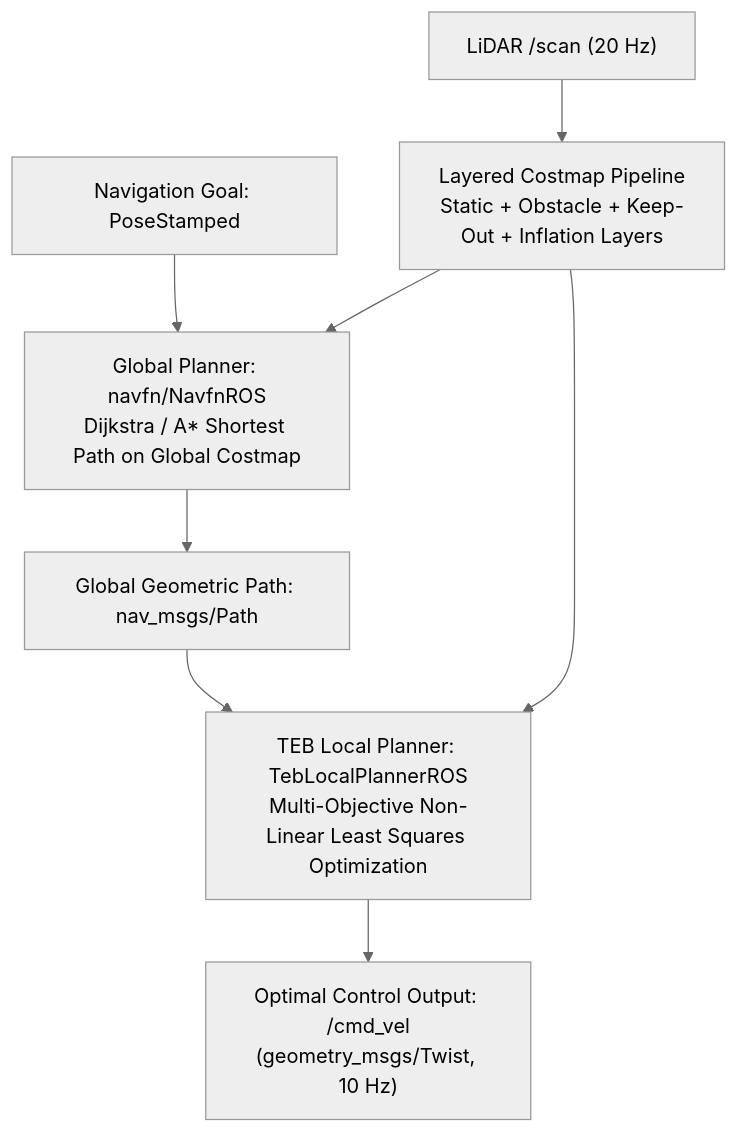
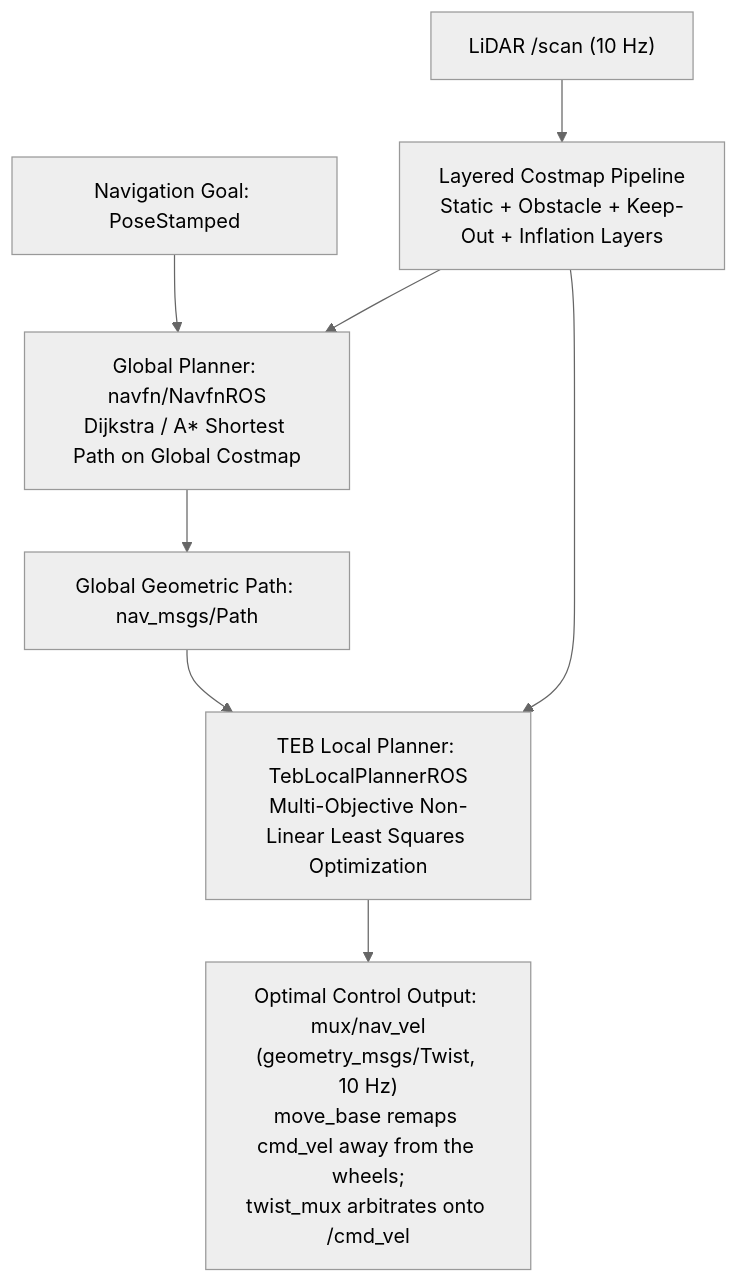
Before and after one commit to itbdelaboprogramming/msd700_documentation: the diagram in docs/development/ros/costmaps-and-planners.md, drawn with Mermaid (neutral theme). The commit also changed other lines of this file and 110 other files, not shown here.

````diff
--- a/docs/development/ros/costmaps-and-planners.md
+++ b/docs/development/ros/costmaps-and-planners.md
@@ -14,12 +14,12 @@
 ```mermaid
 flowchart TD
   GOAL["Navigation Goal: PoseStamped"] --> GLOBAL_PLANNER["Global Planner: navfn/NavfnROS<br/>Dijkstra / A* Shortest Path on Global Costmap"]
   GLOBAL_PLANNER --> GLOBAL_PATH["Global Geometric Path: nav_msgs/Path"]
 
   GLOBAL_PATH --> TEB_OPT["TEB Local Planner: TebLocalPlannerROS<br/>Multi-Objective Non-Linear Least Squares Optimization"]
-  TEB_OPT --> CMD_VEL["Optimal Control Output: /cmd_vel<br/>(geometry_msgs/Twist, 10 Hz)"]
+  TEB_OPT --> CMD_VEL["Optimal Control Output: mux/nav_vel<br/>(geometry_msgs/Twist, 10 Hz)<br/>move_base remaps cmd_vel away from the wheels;<br/>twist_mux arbitrates onto /cmd_vel"]
 
-  LIDAR["LiDAR /scan (20 Hz)"] --> COSTMAPS["Layered Costmap Pipeline<br/>Static + Obstacle + Keep-Out + Inflation Layers"]
+  LIDAR["LiDAR /scan (10 Hz)"] --> COSTMAPS["Layered Costmap Pipeline<br/>Static + Obstacle + Keep-Out + Inflation Layers"]
   COSTMAPS --> GLOBAL_PLANNER
   COSTMAPS --> TEB_OPT
 ```
````
